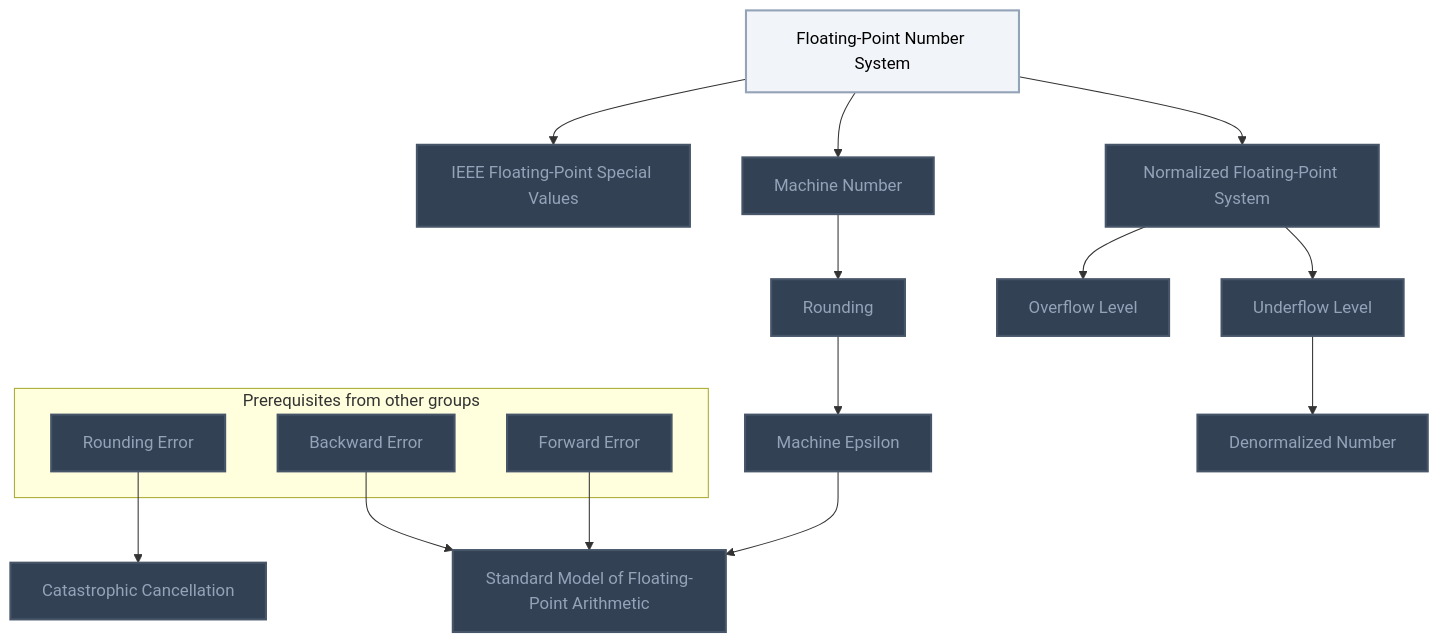
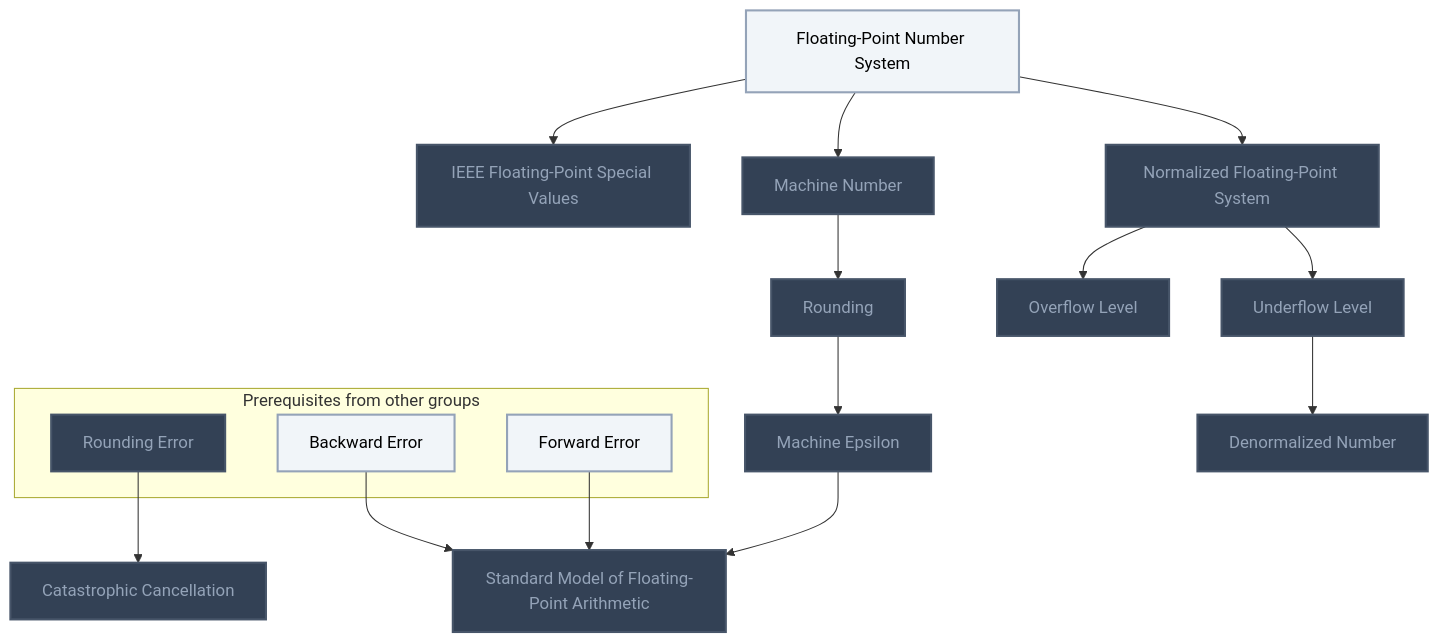
Before and after one commit to MRauf1/My-Notes: the second of 6 diagrams in Gamification/Skill Trees/Numerical Analysis.md, drawn with Mermaid. The commit also changed other lines of this file and 145 other files, not shown here.

````diff
--- a/Gamification/Skill Trees/Numerical Analysis.md
+++ b/Gamification/Skill Trees/Numerical Analysis.md
@@ -88,43 +89,43 @@
 ```mermaid
 flowchart TD
     classDef planned fill:#1E293B,stroke:#64748B,stroke-width:2px,stroke-dasharray:5 5,color:#94A3B8;
     classDef locked fill:#334155,stroke:#475569,stroke-width:2px,color:#94A3B8;
     classDef L0 fill:#F1F5F9,stroke:#94A3B8,stroke-width:2px,color:#000000;
     classDef L1 fill:#22C55E,stroke:#15803D,stroke-width:2px,color:#000000;
     classDef L2 fill:#3B82F6,stroke:#1D4ED8,stroke-width:3px,color:#FFFFFF;
     classDef L3 fill:#A855F7,stroke:#6B21A8,stroke-width:3px,color:#FFFFFF,font-weight:bold;
     classDef L4 fill:#F97316,stroke:#C2410C,stroke-width:4px,color:#000000,font-weight:bold;
     classDef L5 fill:#FFD700,stroke:#FF8C00,stroke-width:5px,color:#000000,font-weight:bold;
     classDef rusty stroke:#8B4513,stroke-width:4px,stroke-dasharray:3 3;
     subgraph sg_prereqs["Prerequisites from other groups"]
         n_rounding_error["Rounding Error"]
         n_backward_error["Backward Error"]
         n_forward_error["Forward Error"]
     end
     n_floating_point_number_system["Floating-Point Number System"]
     n_normalized_floating_point_system["Normalized Floating-Point System"]
     n_overflow_level["Overflow Level"]
     n_underflow_level["Underflow Level"]
     n_machine_number["Machine Number"]
     n_rounding["Rounding"]
     n_machine_epsilon["Machine Epsilon"]
     n_ieee_floating_point_special_values["IEEE Floating-Point Special Values"]
     n_catastrophic_cancellation["Catastrophic Cancellation"]
     n_standard_model_of_floating_point_arithmetic["Standard Model of Floating-Point Arithmetic"]
     n_denormalized_number["Denormalized Number"]
     n_floating_point_number_system --> n_ieee_floating_point_special_values
     n_floating_point_number_system --> n_machine_number
     n_floating_point_number_system --> n_normalized_floating_point_system
     n_normalized_floating_point_system --> n_overflow_level
     n_machine_number --> n_rounding
     n_normalized_floating_point_system --> n_underflow_level
     n_underflow_level --> n_denormalized_number
     n_rounding --> n_machine_epsilon
     n_rounding_error --> n_catastrophic_cancellation
     n_backward_error --> n_standard_model_of_floating_point_arithmetic
     n_forward_error --> n_standard_model_of_floating_point_arithmetic
     n_machine_epsilon --> n_standard_model_of_floating_point_arithmetic
-    class n_rounding_error,n_backward_error,n_forward_error,n_normalized_floating_point_system,n_overflow_level,n_underflow_level,n_machine_number,n_rounding,n_machine_epsilon,n_ieee_floating_point_special_values,n_catastrophic_cancellation,n_standard_model_of_floating_point_arithmetic,n_denormalized_number locked;
-    class n_floating_point_number_system L0;
+    class n_rounding_error,n_normalized_floating_point_system,n_overflow_level,n_underflow_level,n_machine_number,n_rounding,n_machine_epsilon,n_ieee_floating_point_special_values,n_catastrophic_cancellation,n_standard_model_of_floating_point_arithmetic,n_denormalized_number locked;
+    class n_backward_error,n_forward_error,n_floating_point_number_system L0;
     class n_rounding_error,n_backward_error,n_forward_error,n_floating_point_number_system,n_normalized_floating_point_system,n_overflow_level,n_underflow_level,n_machine_number,n_rounding,n_machine_epsilon,n_ieee_floating_point_special_values,n_catastrophic_cancellation,n_standard_model_of_floating_point_arithmetic,n_denormalized_number internal-link;
 ```
````
